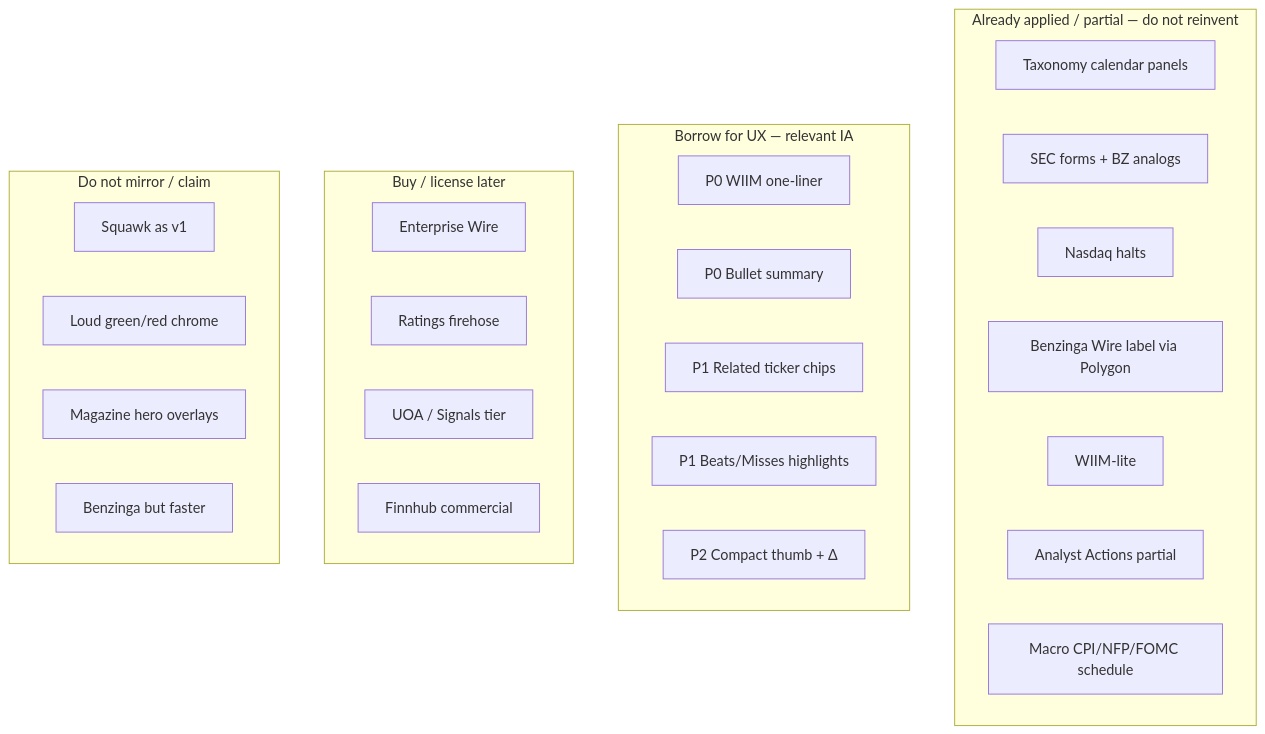
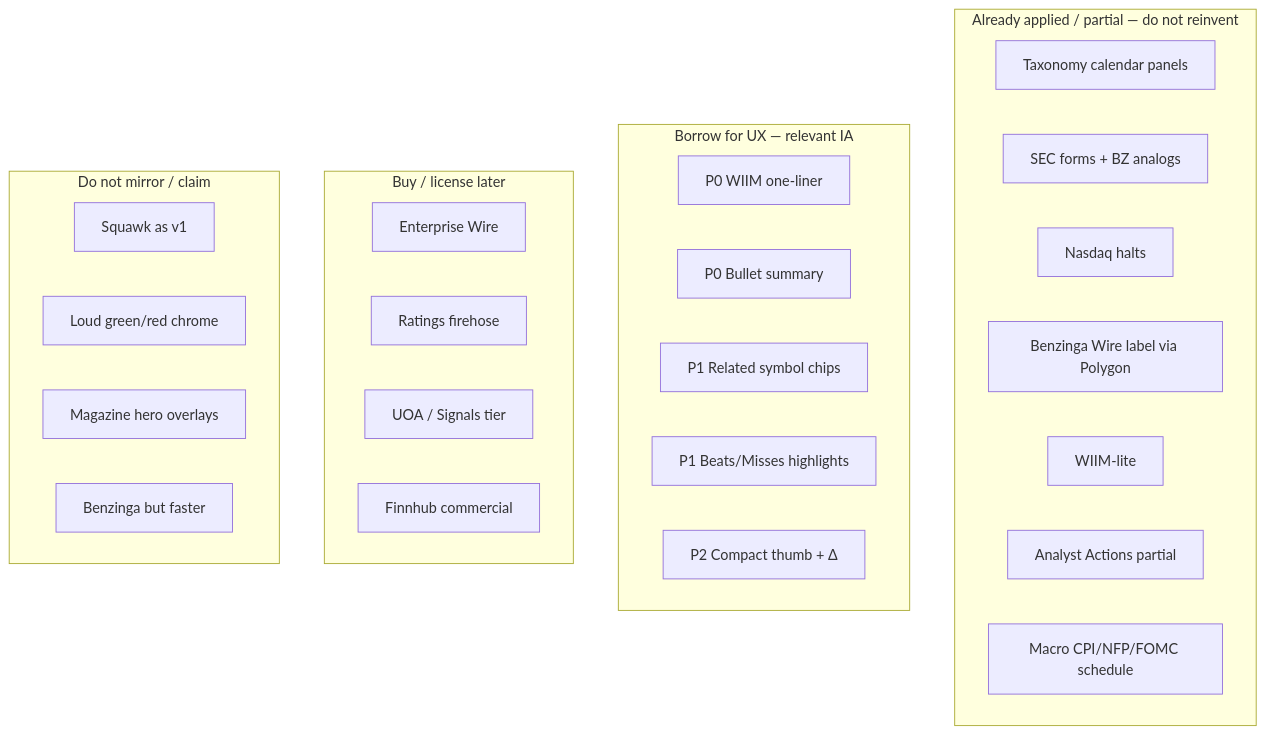
One commit to catalystintel/catalyst-intel changed the eighth of 12 diagrams in docs/research/ENGINEER-UX-FEATURE-ROADMAP-VISUAL.md. Above: the diagram before and after it, drawn with Mermaid. The commit also changed other lines of this file and 100 other files, not shown here.

First line of the commit message:
refactor: use symbol instead of ticker as product terminology

````diff
--- a/docs/research/ENGINEER-UX-FEATURE-ROADMAP-VISUAL.md
+++ b/docs/research/ENGINEER-UX-FEATURE-ROADMAP-VISUAL.md
@@ -367,34 +367,34 @@
 ```mermaid
 flowchart TB
   subgraph Applied["Already applied / partial — do not reinvent"]
     A1[Taxonomy calendar panels]
     A2[SEC forms + BZ analogs]
     A3[Nasdaq halts]
     A4[Benzinga Wire label via Polygon]
     A5[WIIM-lite]
     A6[Analyst Actions partial]
     A7[Macro CPI/NFP/FOMC schedule]
   end
 
   subgraph Borrow["Borrow for UX — relevant IA"]
     B1["P0 WIIM one-liner"]
     B2["P0 Bullet summary"]
-    B3["P1 Related ticker chips"]
+    B3["P1 Related symbol chips"]
     B4["P1 Beats/Misses highlights"]
     B5["P2 Compact thumb + Δ"]
   end
 
   subgraph BuyLater["Buy / license later"]
     C1[Enterprise Wire]
     C2[Ratings firehose]
     C3[UOA / Signals tier]
     C4[Finnhub commercial]
   end
 
   subgraph Never["Do not mirror / claim"]
     D1[Squawk as v1]
     D2[Loud green/red chrome]
     D3[Magazine hero overlays]
     D4["Benzinga but faster"]
   end
 ```
````
